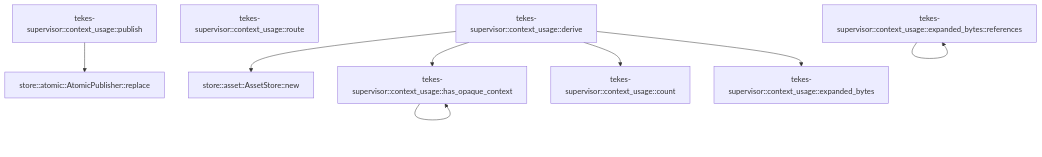
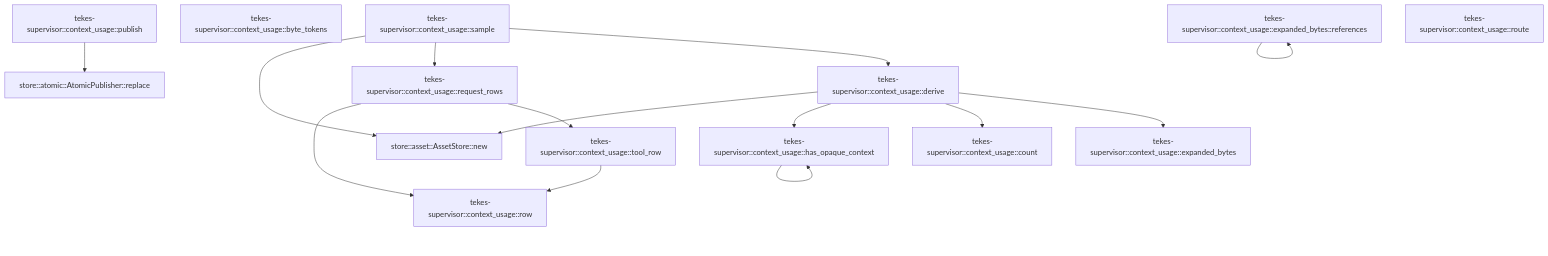
One commit to TekesApps/TekesKernel changed the diagram in crates/supervisor/docs/generated/src--context_usage.md. Above: the diagram before and after it, drawn with Mermaid. The commit also changed other lines of this file and 23 other files, not shown here.

First line of the commit message:
Publish native context detail projections in Kernel 0.2.1 (#9)

````diff
--- a/crates/supervisor/docs/generated/src--context_usage.md
+++ b/crates/supervisor/docs/generated/src--context_usage.md
@@ -55,19 +67,30 @@
 ```mermaid
 flowchart TD
   n0["store::asset::AssetStore::new"]
   n1["store::atomic::AtomicPublisher::replace"]
-  n2["tekes-supervisor::context_usage::has_opaque_context"]
-  n3["tekes-supervisor::context_usage::count"]
-  n4["tekes-supervisor::context_usage::expanded_bytes"]
-  n5["tekes-supervisor::context_usage::expanded_bytes::references"]
-  n6["tekes-supervisor::context_usage::route"]
-  n7["tekes-supervisor::context_usage::publish"]
-  n8["tekes-supervisor::context_usage::derive"]
-  n2 --> n2
-  n5 --> n5
-  n7 --> n1
-  n8 --> n0
-  n8 --> n2
-  n8 --> n3
-  n8 --> n4
+  n2["tekes-supervisor::context_usage::sample"]
+  n3["tekes-supervisor::context_usage::byte_tokens"]
+  n4["tekes-supervisor::context_usage::row"]
+  n5["tekes-supervisor::context_usage::request_rows"]
+  n6["tekes-supervisor::context_usage::publish"]
+  n7["tekes-supervisor::context_usage::tool_row"]
+  n8["tekes-supervisor::context_usage::has_opaque_context"]
+  n9["tekes-supervisor::context_usage::count"]
+  n10["tekes-supervisor::context_usage::expanded_bytes"]
+  n11["tekes-supervisor::context_usage::expanded_bytes::references"]
+  n12["tekes-supervisor::context_usage::route"]
+  n13["tekes-supervisor::context_usage::derive"]
+  n2 --> n0
+  n2 --> n5
+  n2 --> n13
+  n5 --> n4
+  n5 --> n7
+  n6 --> n1
+  n7 --> n4
+  n8 --> n8
+  n11 --> n11
+  n13 --> n0
+  n13 --> n8
+  n13 --> n9
+  n13 --> n10
 ```
````
